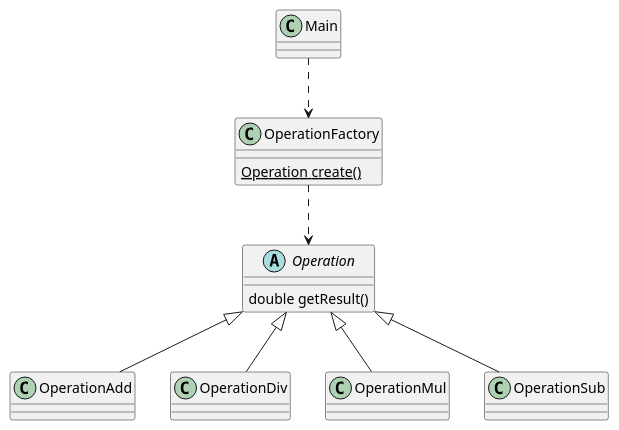
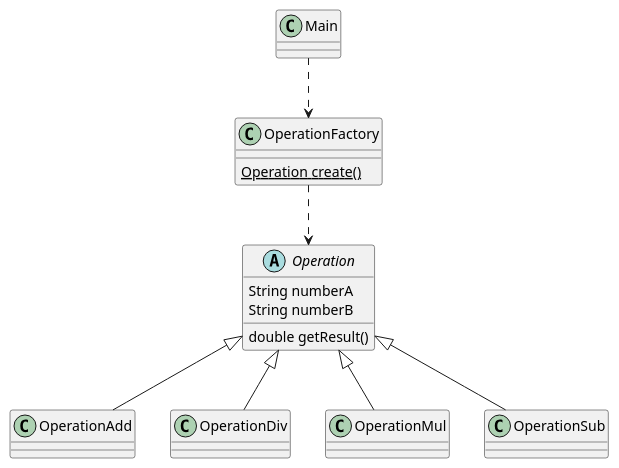
One commit to zwxbest/Demo changed the diagram in DesignPattern/SimpleFactory/uml/SimpleFactory.puml. Above: the diagram before and after it, drawn with PlantUML. The commit also changed 110 other files, not shown here.

Commit message:
add more clear uml class graph

```diff
--- a/DesignPattern/SimpleFactory/uml/SimpleFactory.puml
+++ b/DesignPattern/SimpleFactory/uml/SimpleFactory.puml
@@ -1,23 +1,21 @@
 @startuml
 abstract class Operation{
+String numberA
+String numberB
 double getResult()
 }
 class OperationAdd
 class OperationDiv
 class OperationMul
 class OperationSub
 class OperationFactory{
  {static} Operation create()
  }
  class Main
  Main..>OperationFactory
 OperationFactory ..> Operation
-'OperationFactory ..> OperationAdd
-'OperationFactory ..> OperationSub
-'OperationFactory ..> OperationMul
-'OperationFactory ..> OperationDiv
 Operation<|--OperationAdd
 Operation<|--OperationSub
 Operation<|--OperationMul
 Operation<|--OperationDiv
 @enduml
```
